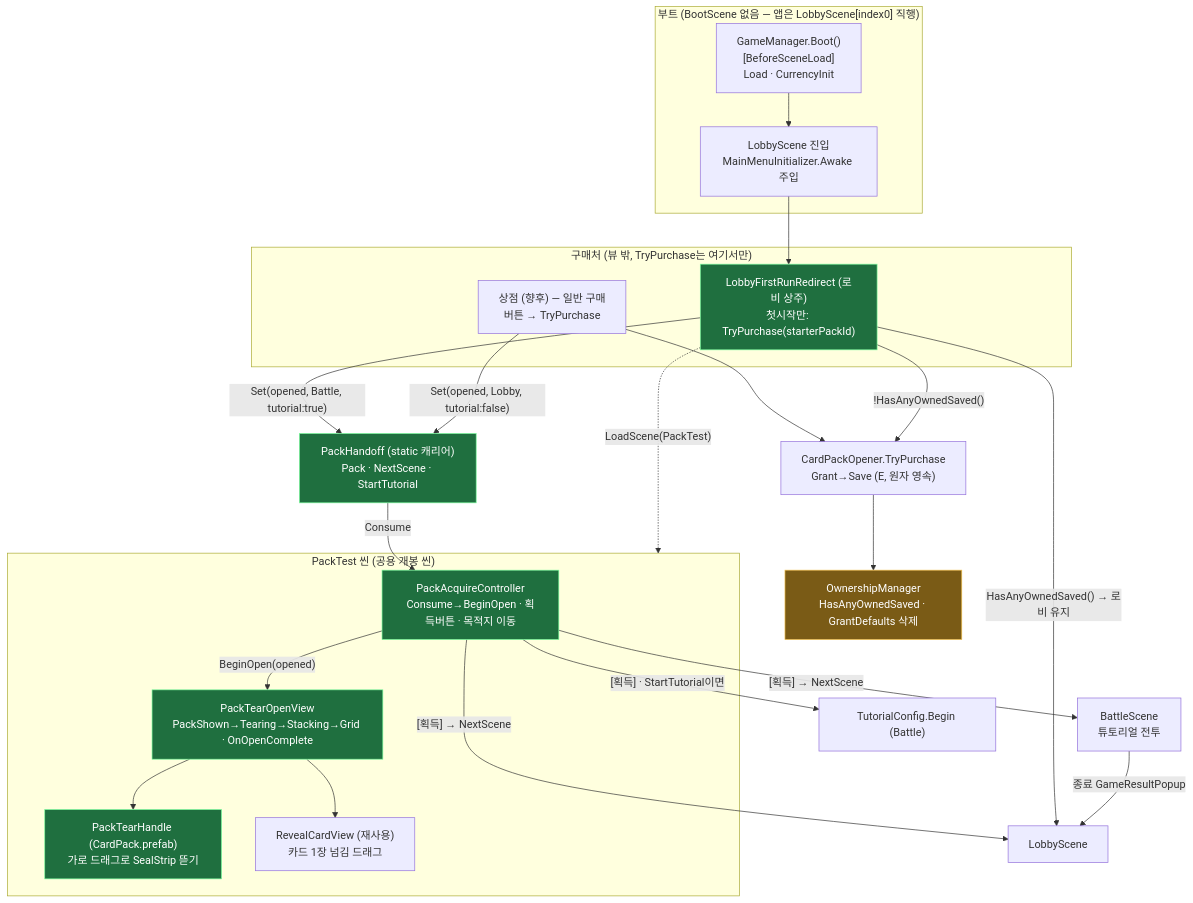
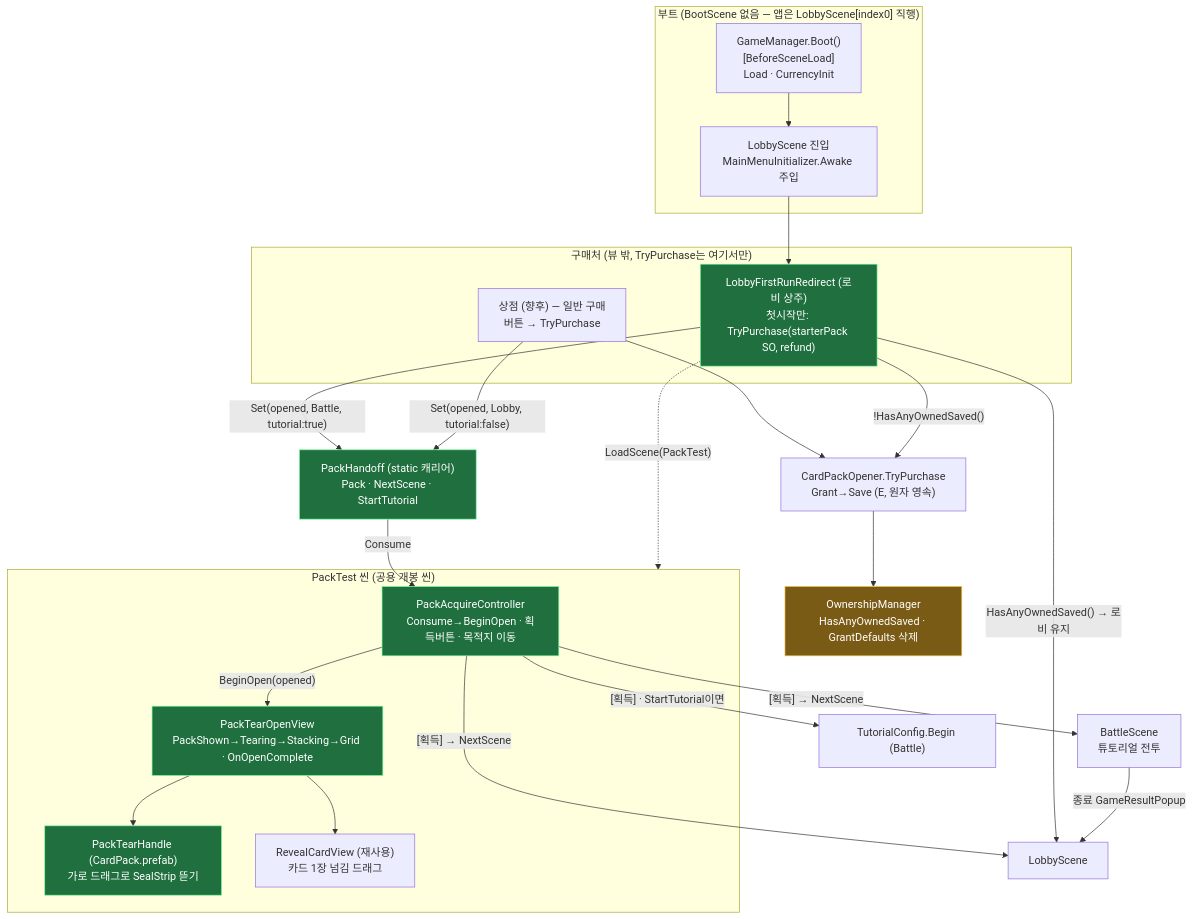
Before and after one commit to hspark-maker/TeamfightTCG_Migriation: the ninth of 12 diagrams in docs/OutGamePlan/STRUCTURE.md, drawn with Mermaid. The commit also changed other lines of this file and 21 other files, not shown here.

````diff
--- a/docs/OutGamePlan/STRUCTURE.md
+++ b/docs/OutGamePlan/STRUCTURE.md
@@ -413,48 +411,48 @@
 ```mermaid
 flowchart TD
     subgraph boot["부트 (BootScene 없음 — 앱은 LobbyScene[index0] 직행)"]
         GM["GameManager.Boot()<br/>[BeforeSceneLoad]<br/>Load · CurrencyInit"]
         MMI["LobbyScene 진입<br/>MainMenuInitializer.Awake 주입"]
     end
 
     subgraph buy["구매처 (뷰 밖, TryPurchase는 여기서만)"]
         SHOP["상점 (향후) — 일반 구매<br/>버튼 → TryPurchase"]
-        FIRST["LobbyFirstRunRedirect (로비 상주)<br/>첫시작만: TryPurchase(starterPackId)"]:::new
+        FIRST["LobbyFirstRunRedirect (로비 상주)<br/>첫시작만: TryPurchase(starterPack SO, refund)"]:::new
     end
 
     HAND["PackHandoff (static 캐리어)<br/>Pack · NextScene · StartTutorial"]:::new
 
     subgraph scene["PackTest 씬 (공용 개봉 씬)"]
         CTRL["PackAcquireController<br/>Consume→BeginOpen · 획득버튼 · 목적지 이동"]:::new
         VIEW["PackTearOpenView<br/>PackShown→Tearing→Stacking→Grid · OnOpenComplete"]:::new
         HDL["PackTearHandle (CardPack.prefab)<br/>가로 드래그로 SealStrip 뜯기"]:::new
         CARD["RevealCardView (재사용)<br/>카드 1장 넘김 드래그"]
     end
 
     OPENER["CardPackOpener.TryPurchase<br/>Grant→Save (E, 원자 영속)"]
     OWN["OwnershipManager<br/>HasAnyOwnedSaved · GrantDefaults 삭제"]:::chg
     TUT["TutorialConfig.Begin (Battle)"]
     LOBBY["LobbyScene"]
     BATTLE["BattleScene<br/>튜토리얼 전투"]
 
     GM --> MMI
     MMI --> FIRST
     FIRST -->|"HasAnyOwnedSaved() → 로비 유지"| LOBBY
     SHOP --> OPENER
     FIRST -->|"!HasAnyOwnedSaved()"| OPENER
     OPENER --> OWN
     FIRST -->|"Set(opened, Battle, tutorial:true)"| HAND
     SHOP -->|"Set(opened, Lobby, tutorial:false)"| HAND
     FIRST -.->|"LoadScene(PackTest)"| scene
     HAND -->|"Consume"| CTRL
     CTRL -->|"BeginOpen(opened)"| VIEW
     VIEW --> HDL
     VIEW --> CARD
     CTRL -->|"[획득] · StartTutorial이면"| TUT
     CTRL -->|"[획득] → NextScene"| LOBBY
     CTRL -->|"[획득] → NextScene"| BATTLE
     BATTLE -->|"종료 GameResultPopup"| LOBBY
 
     classDef new fill:#1f6f3f,stroke:#7CFC9E,color:#fff;
     classDef chg fill:#7a5b16,stroke:#f2c14e,color:#fff;
 ```
````
